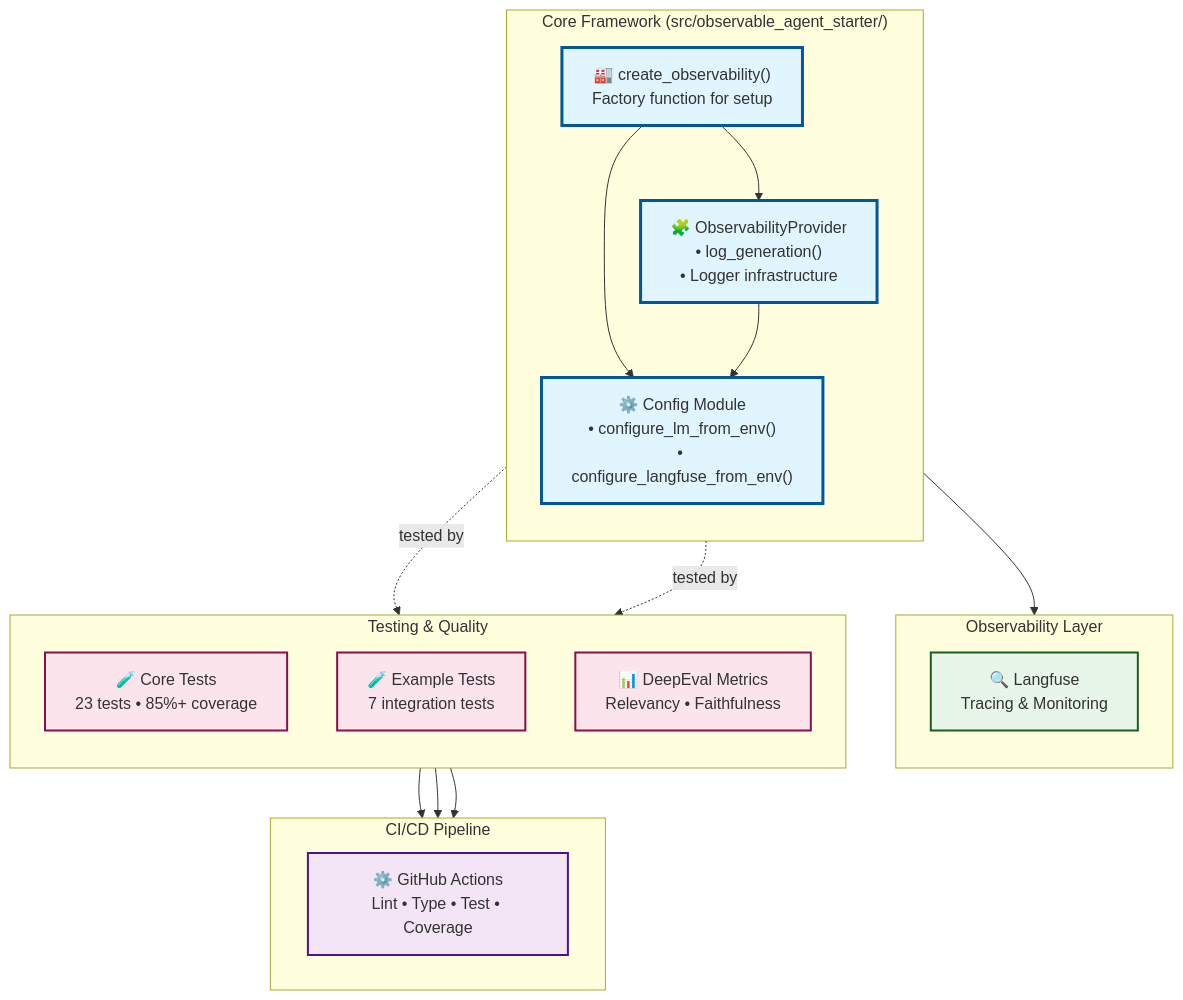
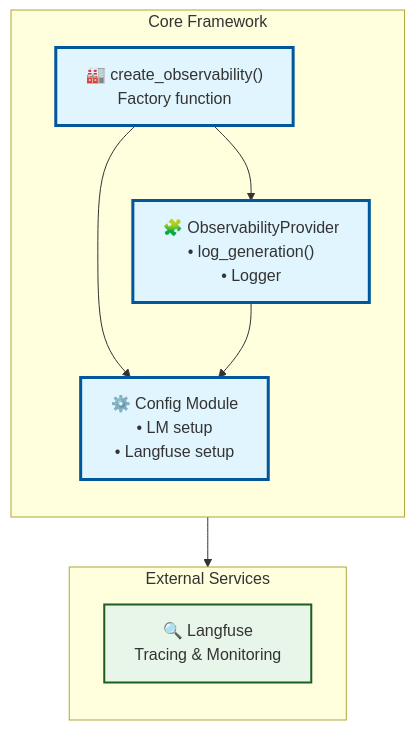
Before and after one commit to ammons-datalabs/observable-agent-starter: the diagram in docs/architecture-core.mmd, drawn with Mermaid. The commit also changed 2 other files, not shown here.

Commit message:
docs: simplify core architecture diagram
Removed testing and CI/CD elements from core framework diagram to keep
it focused on just the essential components:

Core Framework Diagram Now Shows:
- create_observability() factory function
- ObservabilityProvider (with log_generation and logger)
- Config Module (LM setup, Langfuse setup)
- Langfuse (external tracing service)

Removed:
- Core Tests (23 tests)
- Example Tests (7 tests)
- DeepEval Metrics
- CI/CD Pipeline

Result: Much cleaner, focused diagram showing only the framework's
composition pattern and external dependencies.

Updated architecture.md description to match the simplified diagram.

```diff
--- a/docs/architecture-core.mmd
+++ b/docs/architecture-core.mmd
@@ -1,49 +1,27 @@
 graph TB
-    %% Core Framework Architecture
+    %% Core Framework Architecture - Simple and focused
 
-    subgraph Core["Core Framework (src/observable_agent_starter/)"]
+    subgraph Core["Core Framework"]
         direction TB
-        ObsProvider["🧩 ObservabilityProvider<br/>• log_generation()<br/>• Logger infrastructure"]
-        Config["⚙️ Config Module<br/>• configure_lm_from_env()<br/>• configure_langfuse_from_env()"]
-        Factory["🏭 create_observability()<br/>Factory function for setup"]
+        Factory["🏭 create_observability()<br/>Factory function"]
+        ObsProvider["🧩 ObservabilityProvider<br/>• log_generation()<br/>• Logger"]
+        Config["⚙️ Config Module<br/>• LM setup<br/>• Langfuse setup"]
 
         Factory --> ObsProvider
         Factory --> Config
         ObsProvider --> Config
     end
 
-    subgraph Observability["Observability Layer"]
+    subgraph External["External Services"]
         direction TB
         Langfuse["🔍 Langfuse<br/>Tracing & Monitoring"]
-        Config --> Langfuse
     end
 
-    subgraph Testing["Testing & Quality"]
-        direction TB
-        CoreTests["🧪 Core Tests<br/>23 tests • 85%+ coverage"]
-        ExampleTests["🧪 Example Tests<br/>7 integration tests"]
-        DeepEval["📊 DeepEval Metrics<br/>Relevancy • Faithfulness"]
-
-        ObsProvider -.tested by.-> CoreTests
-        Config -.tested by.-> CoreTests
-    end
-
-    subgraph CICD["CI/CD Pipeline"]
-        direction LR
-        CI["⚙️ GitHub Actions<br/>Lint • Type • Test • Coverage"]
-    end
-
-    CoreTests --> CI
-    ExampleTests --> CI
-    DeepEval --> CI
+    Config --> Langfuse
 
     %% Styling
     classDef coreStyle fill:#e1f5ff,stroke:#01579b,stroke-width:3px
-    classDef obsStyle fill:#e8f5e9,stroke:#1b5e20,stroke-width:2px
-    classDef testStyle fill:#fce4ec,stroke:#880e4f,stroke-width:2px
-    classDef ciStyle fill:#f3e5f5,stroke:#4a148c,stroke-width:2px
+    classDef externalStyle fill:#e8f5e9,stroke:#1b5e20,stroke-width:2px
 
-    class ObsProvider,Config,Factory coreStyle
-    class Langfuse obsStyle
-    class CoreTests,ExampleTests,DeepEval testStyle
-    class CI ciStyle
+    class Factory,ObsProvider,Config coreStyle
+    class Langfuse externalStyle
```
